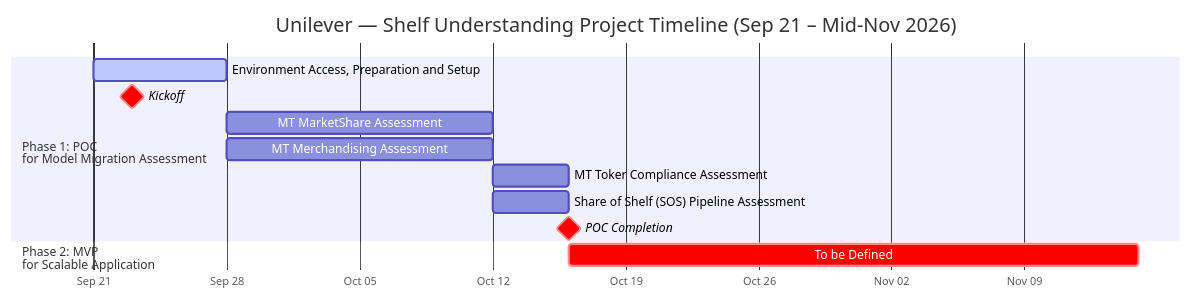
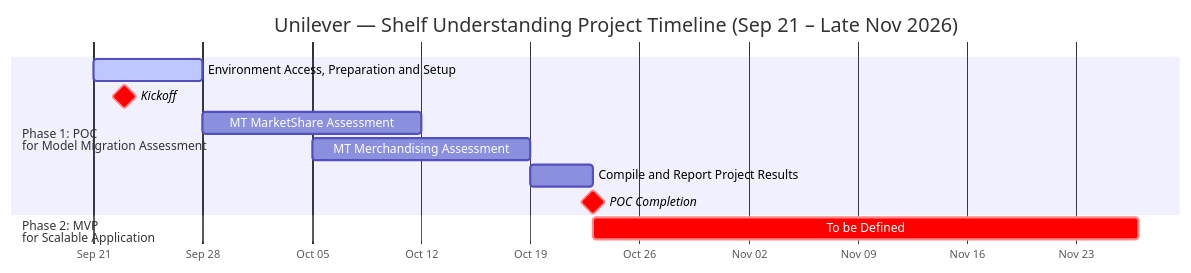
Before and after one commit to jigyasujuneja/unilever-shelf-understanding-e2e: the diagram in docs/Project_Plan.md, drawn with Mermaid. The commit also changed other lines of this file, not shown here.

Commit message:
Project plan

````diff
--- a/docs/Project_Plan.md
+++ b/docs/Project_Plan.md
@@ -104,21 +102,20 @@
 ```mermaid
 %%{init: {'themeCSS': '.grid .tick line { stroke: #9ca3af; stroke-dasharray: 4, 4; stroke-width: 1px; }'}}%%
 gantt
-    title Unilever — Shelf Understanding Project Timeline (Sep 21 – Mid-Nov 2026)
+    title Unilever — Shelf Understanding Project Timeline (Sep 21 – Late Nov 2026)
     dateFormat  YYYY-MM-DD
     axisFormat  %b %d
     tickInterval 1week
     weekday monday
 
     section Phase 1: POC <br/>for Model Migration Assessment
     Environment Access, Preparation and Setup          :active, p1_env, 2026-09-21, 7d
     Kickoff                                            :crit, milestone, p1_kickoff, 2026-09-23, 0d
-    MT MarketShare Assessment              :p1_ms, 2026-09-28, 14d
-    MT Merchandising Assessment              :p1_merch, 2026-09-28, 14d
-    MT Toker Compliance Assessment              :p1_toker, 2026-10-12, 2026-10-16
-    Share of Shelf (SOS) Pipeline Assessment              :p1_sos, 2026-10-12, 2026-10-16
-    POC Completion                                     :crit, milestone, p1_poc, 2026-10-16, 0d
+    MT MarketShare Assessment                          :p1_ms, 2026-09-28, 14d
+    MT Merchandising Assessment                        :p1_merch, 2026-10-05, 14d
+    Compile and Report Project Results                 :p1_report, 2026-10-19, 2026-10-23
+    POC Completion                                     :crit, milestone, p1_poc, 2026-10-23, 0d
 
     section Phase 2: MVP<br/>for Scalable Application
-    To be Defined                                      :crit, p2_tbd, 2026-10-16, 2026-11-15
+    To be Defined                                      :crit, p2_tbd, 2026-10-23, 2026-11-27
 ```
````
